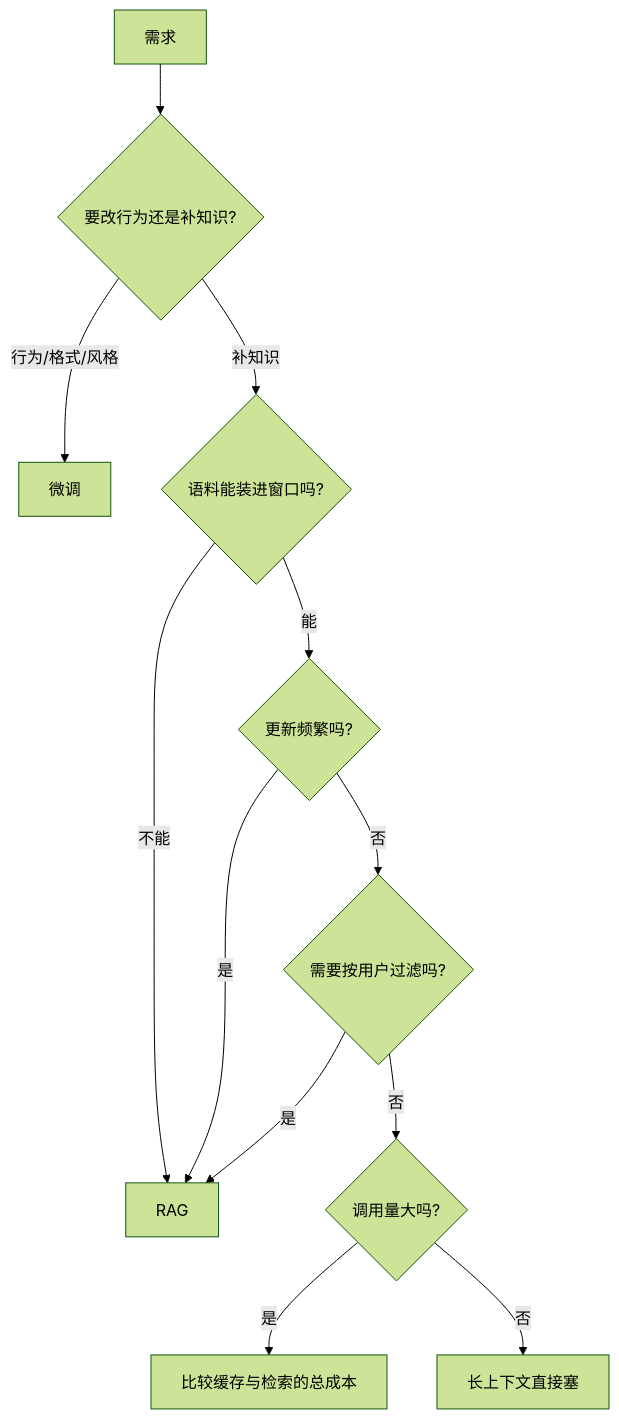
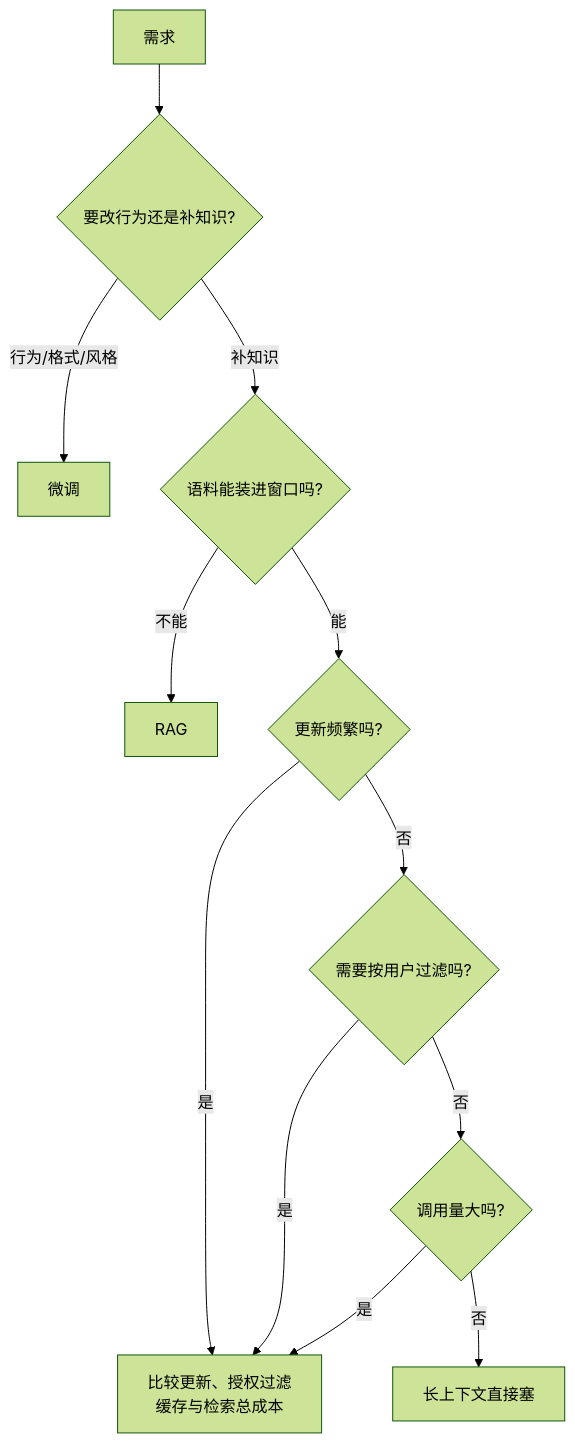
The third of 3 diagrams in docs/rag/01-foundations/02-rag-finetune-longcontext.md (oneleaveknowsthefall/awesome-ai-roadmap), drawn with Mermaid (forest theme) before and after one commit. The commit also changed other lines of this file and 24 other files, not shown here.

````diff
--- a/docs/rag/01-foundations/02-rag-finetune-longcontext.md
+++ b/docs/rag/01-foundations/02-rag-finetune-longcontext.md
@@ -161,14 +157,14 @@
 ```mermaid
 flowchart TB
     S[需求] --> A{要改行为还是补知识?}
     A -->|行为/格式/风格| FT[微调]
     A -->|补知识| B{语料能装进窗口吗?}
     B -->|不能| RAG[RAG]
     B -->|能| C{更新频繁吗?}
-    C -->|是| RAG
+    C -->|是| COMP[比较更新、授权过滤<br/>缓存与检索总成本]
     C -->|否| D{需要按用户过滤吗?}
-    D -->|是| RAG
+    D -->|是| COMP
     D -->|否| E{调用量大吗?}
-    E -->|是| RAG2[比较缓存与检索的总成本]
+    E -->|是| COMP
     E -->|否| LC[长上下文直接塞]
 ```
````
